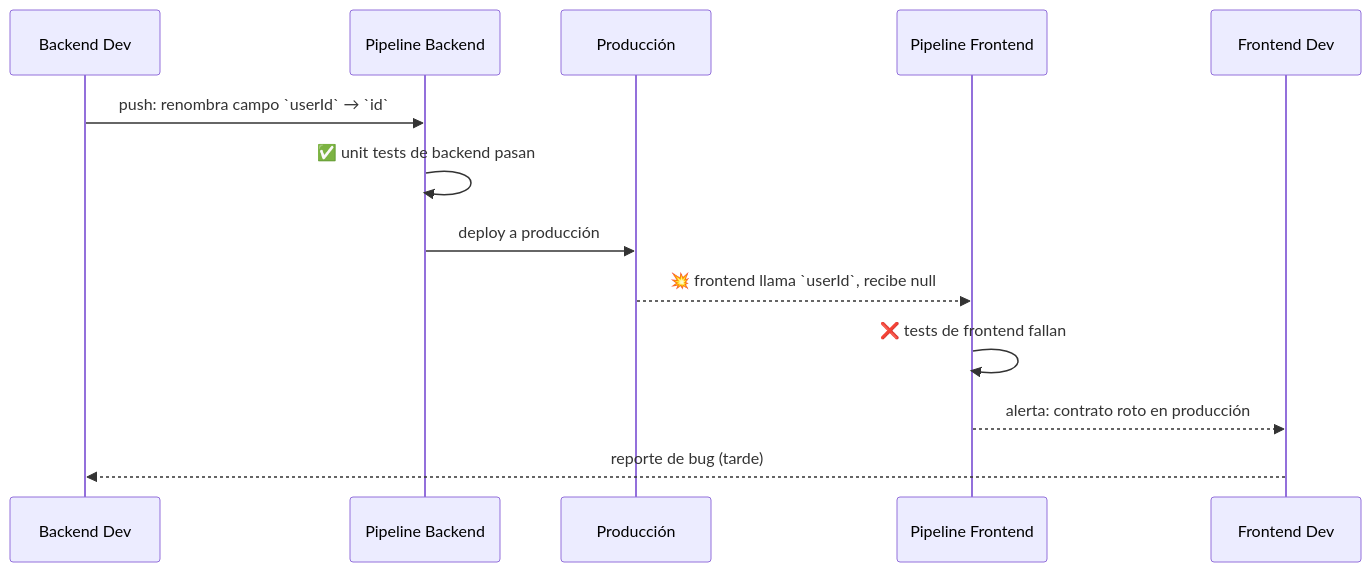
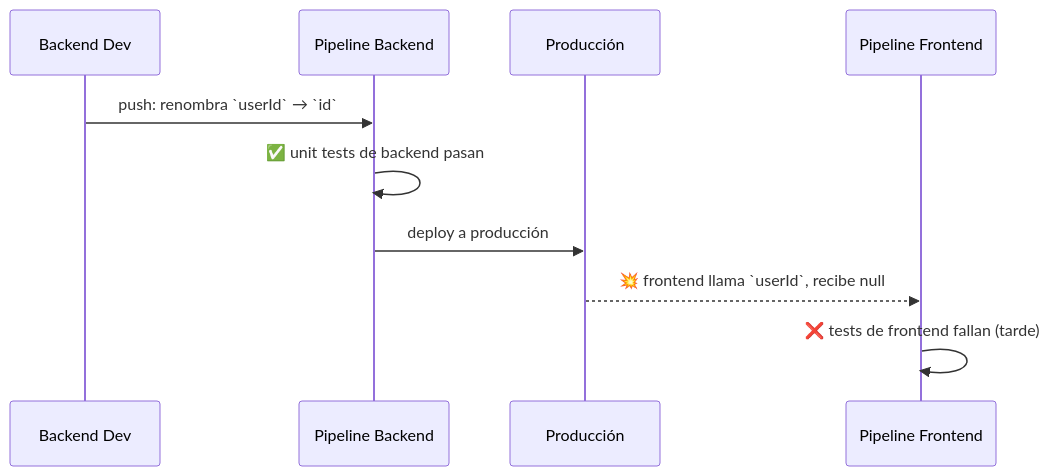
One commit to Rodsevich/testeador changed the first of 2 diagrams in docs/PROBLEM.md. Above: the diagram before and after it, drawn with Mermaid. The commit also changed other lines of this file and 14 other files, not shown here.

````diff
--- a/docs/PROBLEM.md
+++ b/docs/PROBLEM.md
@@ -14,16 +9,13 @@
 ```mermaid
 sequenceDiagram
     participant BE as Backend Dev
     participant BCI as Pipeline Backend
     participant Prod as Producción
     participant FCI as Pipeline Frontend
-    participant FE as Frontend Dev
 
-    BE->>BCI: push: renombra campo `userId` → `id`
+    BE->>BCI: push: renombra `userId` → `id`
     BCI->>BCI: ✅ unit tests de backend pasan
     BCI->>Prod: deploy a producción
     Prod-->>FCI: 💥 frontend llama `userId`, recibe null
-    FCI->>FCI: ❌ tests de frontend fallan
-    FCI-->>FE: alerta: contrato roto en producción
-    FE-->>BE: reporte de bug (tarde)
+    FCI->>FCI: ❌ tests de frontend fallan (tarde)
 ```
````
